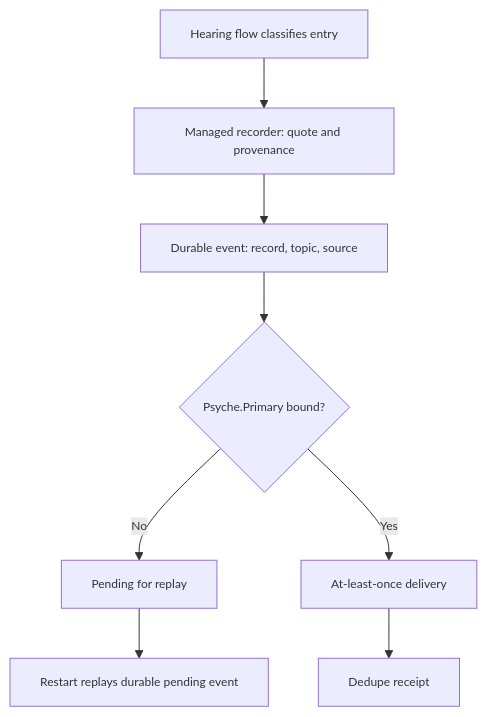
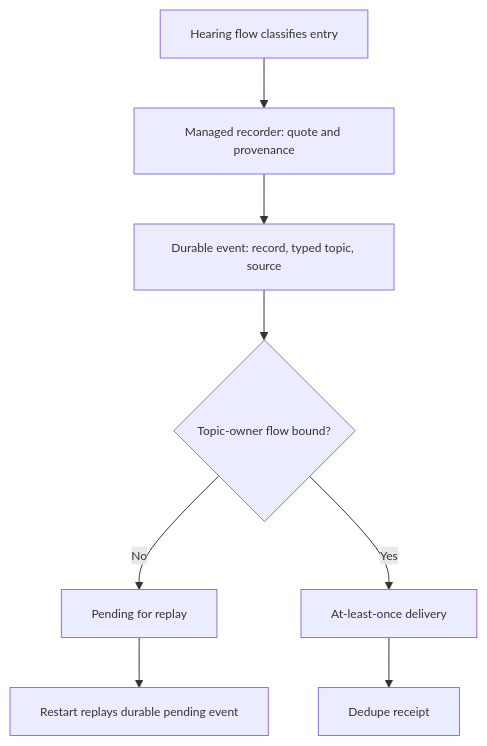
The fifth of 5 diagrams in flows/dea0ba/reports/deployment-investigation.md (LiGoldragon/primary), drawn with Mermaid before and after one commit. The commit also changed other lines of this file, not shown here.

````diff
--- a/flows/dea0ba/reports/deployment-investigation.md
+++ b/flows/dea0ba/reports/deployment-investigation.md
@@ -213,11 +231,11 @@
 ```mermaid
 %%{init: {'themeVariables': {'fontSize': '12px'}} }%%
 flowchart TD
   A[Hearing flow classifies entry] --> B[Managed recorder: quote and provenance]
-  B --> C[Durable event: record, topic, source]
-  C --> D{Psyche.Primary bound?}
+  B --> C[Durable event: record, typed topic, source]
+  C --> D{Topic-owner flow bound?}
   D -->|No| E[Pending for replay]
   D -->|Yes| F[At-least-once delivery]
   F --> G[Dedupe receipt]
   E --> H[Restart replays durable pending event]
 ```
````
